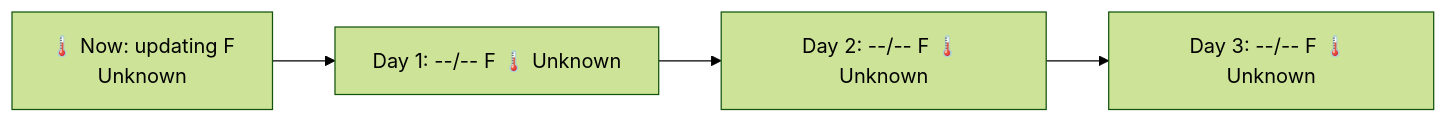
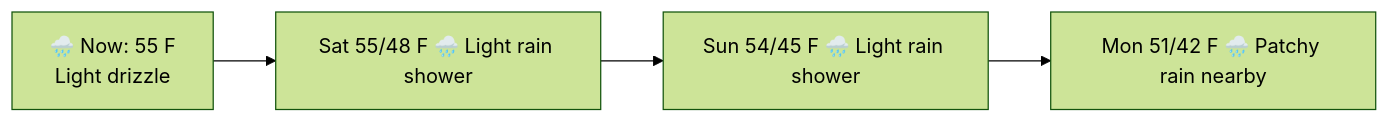
Before and after one commit to 23skdu/23skdu: the diagram in README.md, drawn with Mermaid (forest theme).

Commit message:
Update Seattle weather diagram [skip ci]

````diff
--- a/README.md
+++ b/README.md
@@ -8,8 +8,8 @@
 ```mermaid
 flowchart LR
-    N["🌡️ Now: updating F\nUnknown"]
-    D1["Day 1: --/-- F 🌡️ Unknown"]
-    D2["Day 2: --/-- F 🌡️ Unknown"]
-    D3["Day 3: --/-- F 🌡️ Unknown"]
+    N["🌧️ Now: 55 F\nLight drizzle"]
+    D1["Sat 55/48 F 🌧️ Light rain shower"]
+    D2["Sun 54/45 F 🌧️ Light rain shower"]
+    D3["Mon 51/42 F 🌧️ Patchy rain nearby"]
     N --> D1 --> D2 --> D3
 ```
````
